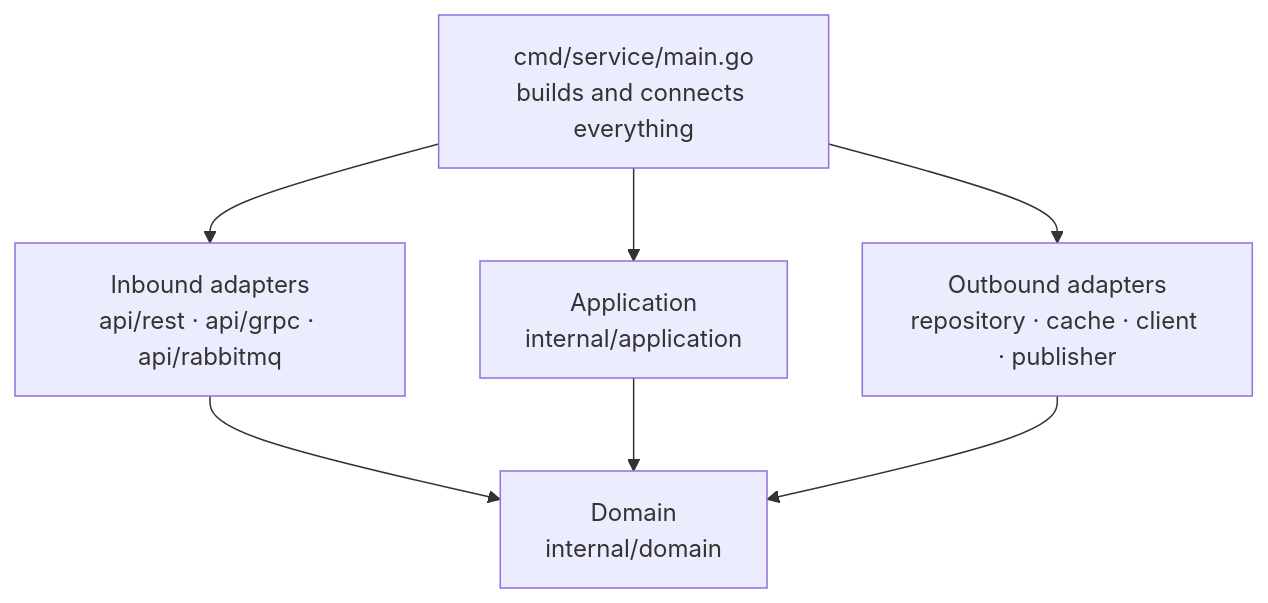
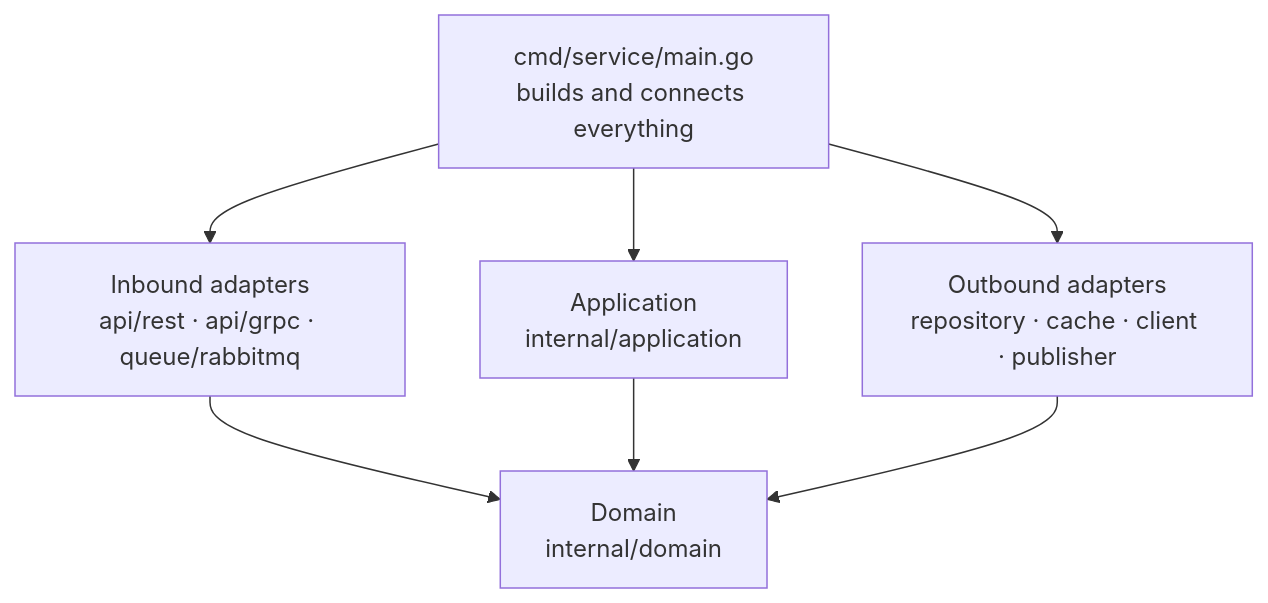
Before and after one commit to drew138/.dotfiles: the first of 2 diagrams in roles/ai/files/skills/go-service/references/architecture.md, drawn with Mermaid. The commit also changed other lines of this file and 3 other files, not shown here.

````diff
--- a/roles/ai/files/skills/go-service/references/architecture.md
+++ b/roles/ai/files/skills/go-service/references/architecture.md
@@ -5,15 +5,15 @@
 ```mermaid
 flowchart TB
     main["cmd/service/main.go<br/>builds and connects everything"]
-    inbound["Inbound adapters<br/>api/rest · api/grpc · api/rabbitmq"]
+    inbound["Inbound adapters<br/>api/rest · api/grpc · queue/rabbitmq"]
     outbound["Outbound adapters<br/>repository · cache · client · publisher"]
     app["Application<br/>internal/application"]
     domain["Domain<br/>internal/domain"]
 
     main --> inbound
     main --> app
     main --> outbound
     inbound --> domain
     app --> domain
     outbound --> domain
 ```
````
